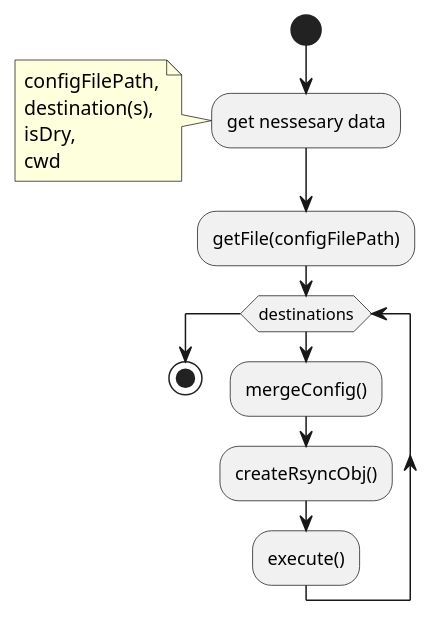
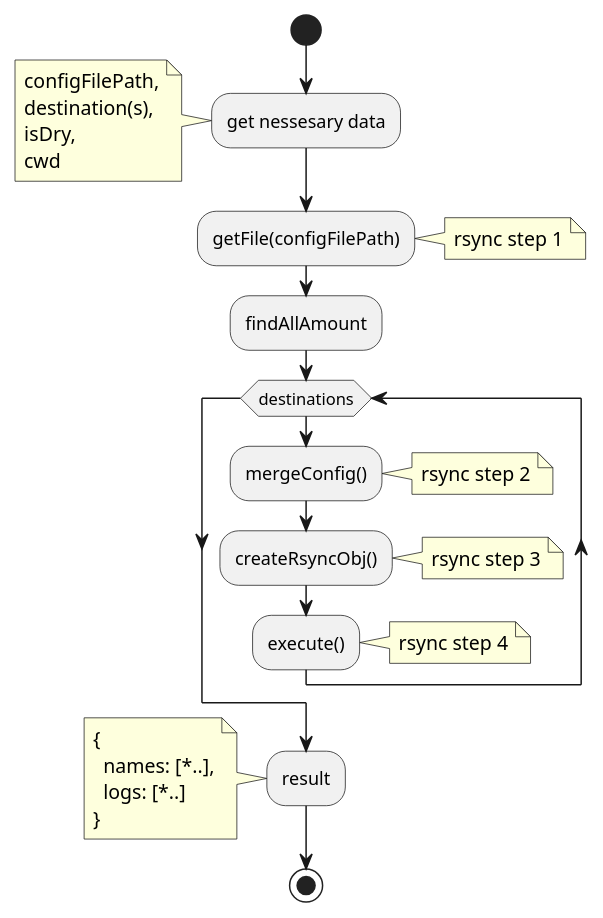
Before and after one commit to lil5/rsynced: the diagram in plantuml/overview.activity.puml, drawn with PlantUML. The commit also changed 1 other file, not shown here.

Commit message:
show steps in uml

```diff
--- a/plantuml/overview.activity.puml
+++ b/plantuml/overview.activity.puml
@@ -1,17 +1,29 @@
 @startuml
 start
 :get nessesary data;
-note
+note left
 configFilePath,
 destination(s),
 isDry,
 cwd
 end note
 :getFile(configFilePath);
+note right: rsync step 1
+:findAllAmount;
 while (destinations)
 :mergeConfig();
+note right: rsync step 2
 :createRsyncObj();
+note right: rsync step 3
 :execute();
+note right: rsync step 4
 endwhile
+:result;
+note
+{
+  names: [*..],
+  logs: [*..]
+}
+end note
 stop
 @enduml
```
